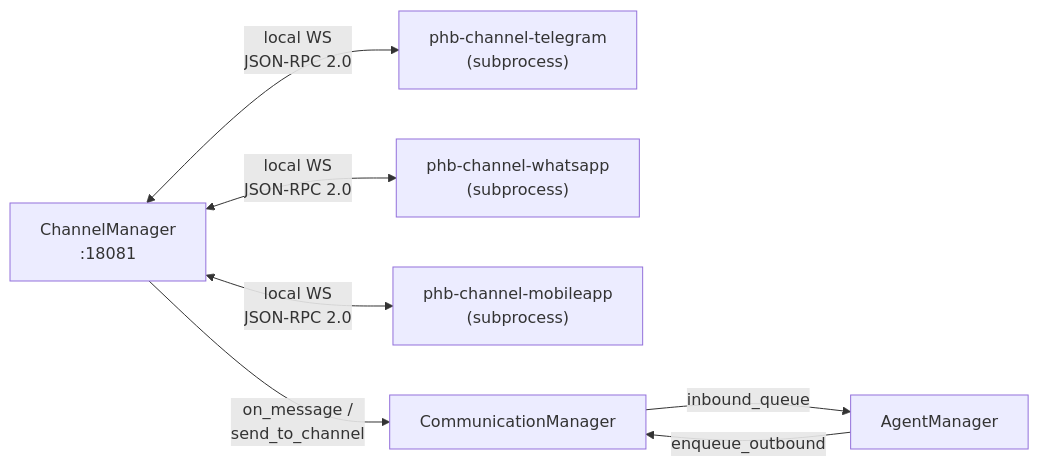
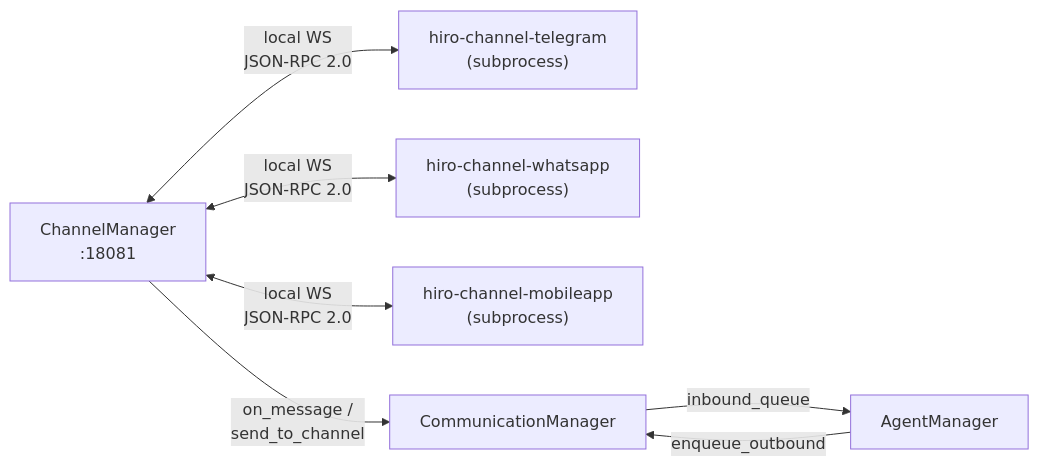
Before and after one commit to rendermagix/hiroleague: the first of 4 diagrams in mintdocs/architecture/plugins/channel-plugin-architecture.mdx, drawn with Mermaid. The commit also changed other lines of this file and 260 other files, not shown here.

Commit message:
refactoring phb into hiro

````diff
--- a/mintdocs/architecture/plugins/channel-plugin-architecture.mdx
+++ b/mintdocs/architecture/plugins/channel-plugin-architecture.mdx
@@ -27,16 +27,16 @@
 ```mermaid actions={true} placement="top-right"
 graph LR
     PM["ChannelManager<br/>:18081"]
-    TG["phb-channel-telegram<br/>(subprocess)"]
-    WA["phb-channel-whatsapp<br/>(subprocess)"]
-    MA["phb-channel-mobileapp<br/>(subprocess)"]
+    TG["hiro-channel-telegram<br/>(subprocess)"]
+    WA["hiro-channel-whatsapp<br/>(subprocess)"]
+    MA["hiro-channel-mobileapp<br/>(subprocess)"]
     CM["CommunicationManager"]
     AM["AgentManager"]
 
     PM <-->|"local WS<br/>JSON-RPC 2.0"| TG
     PM <-->|"local WS<br/>JSON-RPC 2.0"| WA
     PM <-->|"local WS<br/>JSON-RPC 2.0"| MA
     PM -->|"on_message /<br/>send_to_channel"| CM
     CM -->|"inbound_queue"| AM
     AM -->|"enqueue_outbound"| CM
 ```
````
